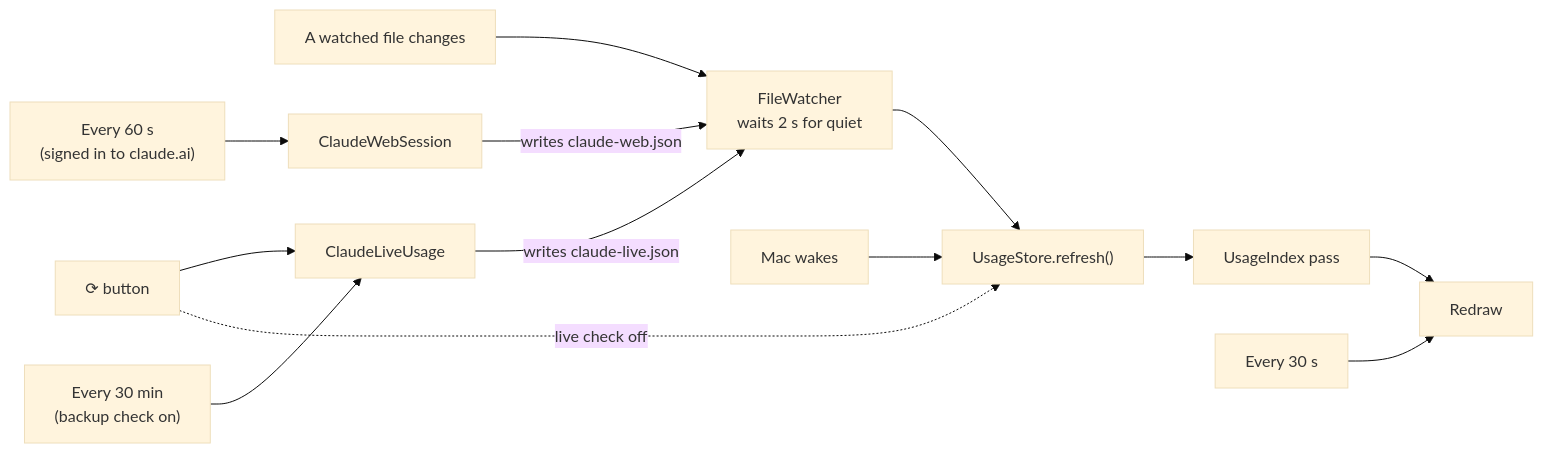
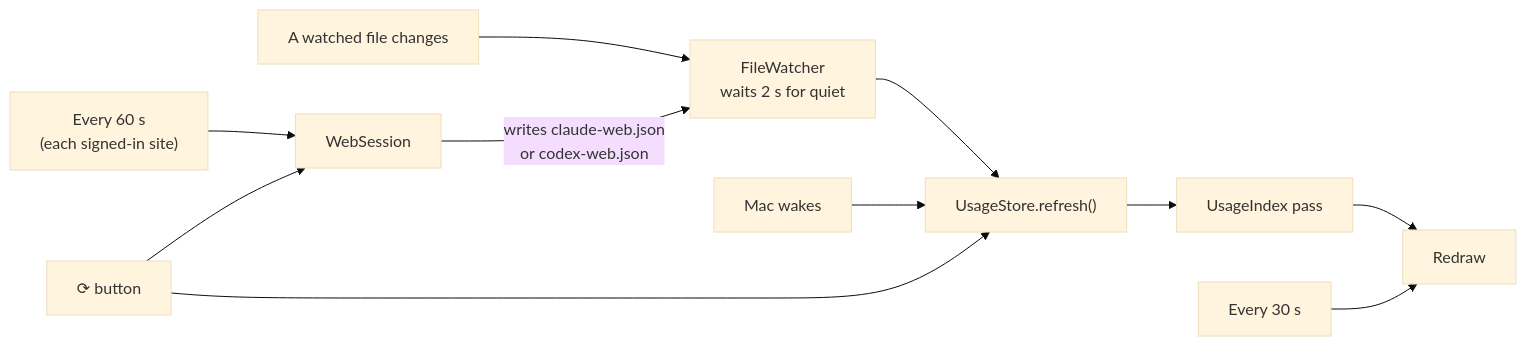
Before and after one commit to PrajwalSR/ai_usage_meter: the third of 6 diagrams in docs/ARCHITECTURE.md, drawn with Mermaid (base theme). The commit also changed other lines of this file and 29 other files, not shown here.

````diff
--- a/docs/ARCHITECTURE.md
+++ b/docs/ARCHITECTURE.md
@@ -42,15 +43,13 @@
 ```mermaid
 flowchart LR
     T1["A watched file changes"] --> W["FileWatcher<br/>waits 2 s for quiet"]
-    T0["Every 60 s<br/>(signed in to claude.ai)"] --> WEBC["ClaudeWebSession"]
-    WEBC -->|"writes claude-web.json"| W
-    T2["Every 30 min<br/>(backup check on)"] --> L["ClaudeLiveUsage"]
-    T3["⟳ button"] --> L
-    T3 -.->|"live check off"| U
+    T0["Every 60 s<br/>(each signed-in site)"] --> WEBC["WebSession"]
+    WEBC -->|"writes claude-web.json<br/>or codex-web.json"| W
+    T3["⟳ button"] --> WEBC
+    T3 --> U
     T4["Mac wakes"] --> U
-    L -->|"writes claude-live.json"| W
     W --> U["UsageStore.refresh()"]
     U --> I["UsageIndex pass"]
     I --> RD["Redraw"]
     T5["Every 30 s"] --> RD
 ```
````
